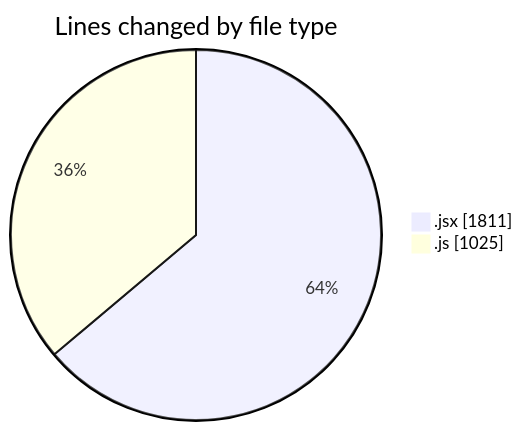
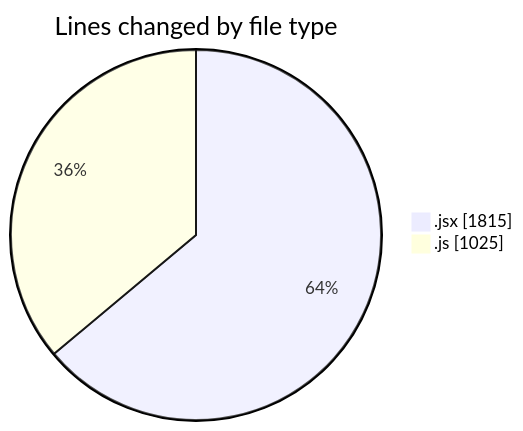
Before and after one commit to nxtqubesakshisongat/code-tracking: the first of 2 diagrams in 2025-08-04/nxtqube_webapp/README.md, drawn with Mermaid. The commit also changed other lines of this file and 1 other file, not shown here.

````diff
--- a/2025-08-04/nxtqube_webapp/README.md
+++ b/2025-08-04/nxtqube_webapp/README.md
@@ -25,6 +25,6 @@
 ```mermaid
 pie showData
 title Lines changed by file type
-".jsx" : 1811
+".jsx" : 1815
 ".js" : 1025
 ```
````
